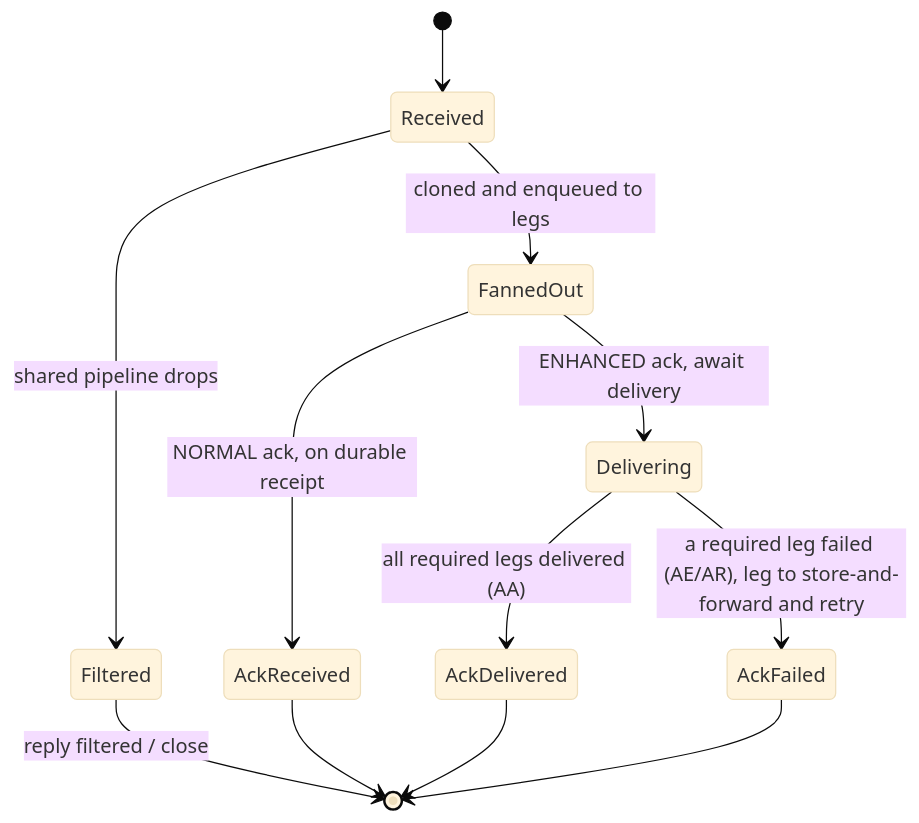
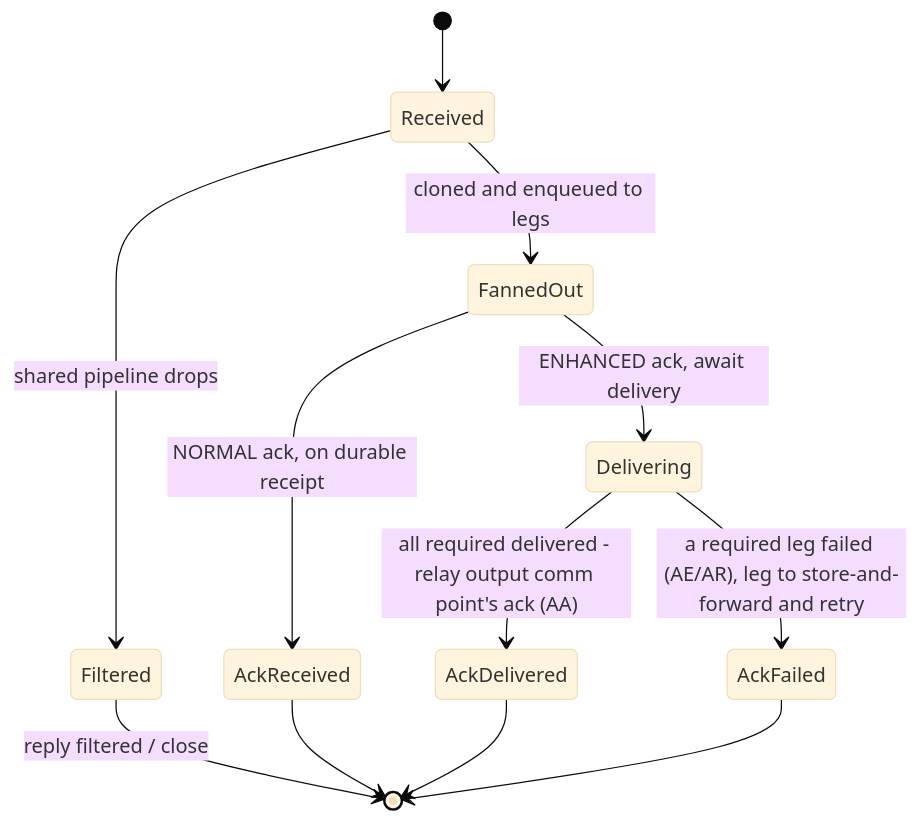
The ninth of 12 diagrams in docs/architecture/Refactor_ArchitectureDoc_v4.md (vaibhavSrivastava-philips/IBE_IBEAgent), drawn with Mermaid (base theme) before and after one commit. The commit also changed other lines of this file and 46 other files, not shown here.

````diff
--- a/docs/architecture/Refactor_ArchitectureDoc_v4.md
+++ b/docs/architecture/Refactor_ArchitectureDoc_v4.md
@@ -470,14 +472,14 @@
 ```mermaid
 stateDiagram-v2
     [*] --> Received
     Received --> Filtered: shared pipeline drops
     Filtered --> [*]: reply filtered / close
     Received --> FannedOut: cloned and enqueued to legs
     FannedOut --> AckReceived: NORMAL ack, on durable receipt
     FannedOut --> Delivering: ENHANCED ack, await delivery
-    Delivering --> AckDelivered: all required legs delivered (AA)
+    Delivering --> AckDelivered: all required delivered - relay output comm point's ack (AA)
     Delivering --> AckFailed: a required leg failed (AE/AR), leg to store-and-forward and retry
     AckReceived --> [*]
     AckDelivered --> [*]
     AckFailed --> [*]
 ```
````
